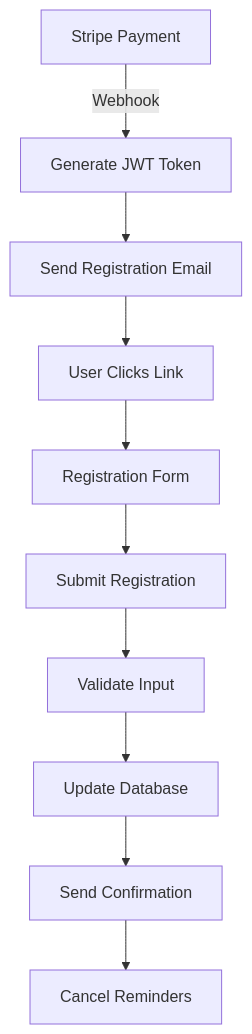
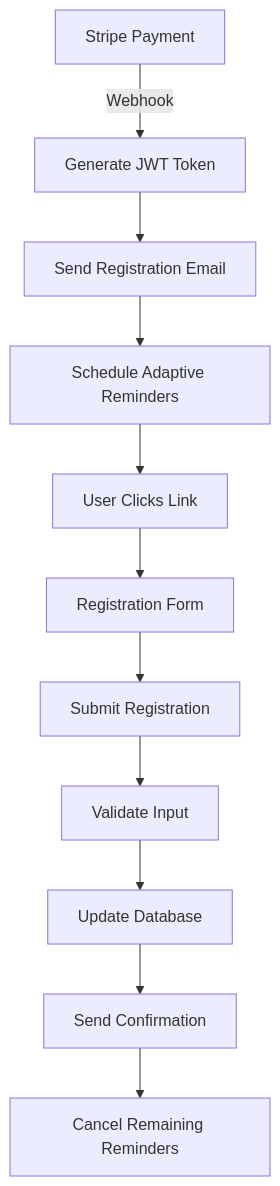
One commit to damilola-elegbede/alocubano.boulderfest changed the diagram in docs/api/REGISTRATION_API.md. Above: the diagram before and after it, drawn with Mermaid. The commit also changed other lines of this file and 3 other files, not shown here.

````diff
--- a/docs/api/REGISTRATION_API.md
+++ b/docs/api/REGISTRATION_API.md
@@ -358,12 +475,13 @@
 ```mermaid
 graph TD
     A[Stripe Payment] -->|Webhook| B[Generate JWT Token]
     B --> C[Send Registration Email]
-    C --> D[User Clicks Link]
-    D --> E[Registration Form]
-    E --> F[Submit Registration]
-    F --> G[Validate Input]
-    G --> H[Update Database]
-    H --> I[Send Confirmation]
-    I --> J[Cancel Reminders]
+    C --> D[Schedule Adaptive Reminders]
+    D --> E[User Clicks Link]
+    E --> F[Registration Form]
+    F --> G[Submit Registration]
+    G --> H[Validate Input]
+    H --> I[Update Database]
+    I --> J[Send Confirmation]
+    J --> K[Cancel Remaining Reminders]
 ```
````
